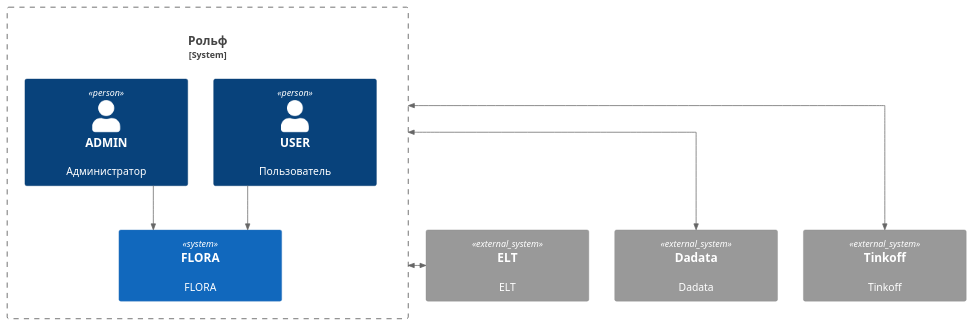
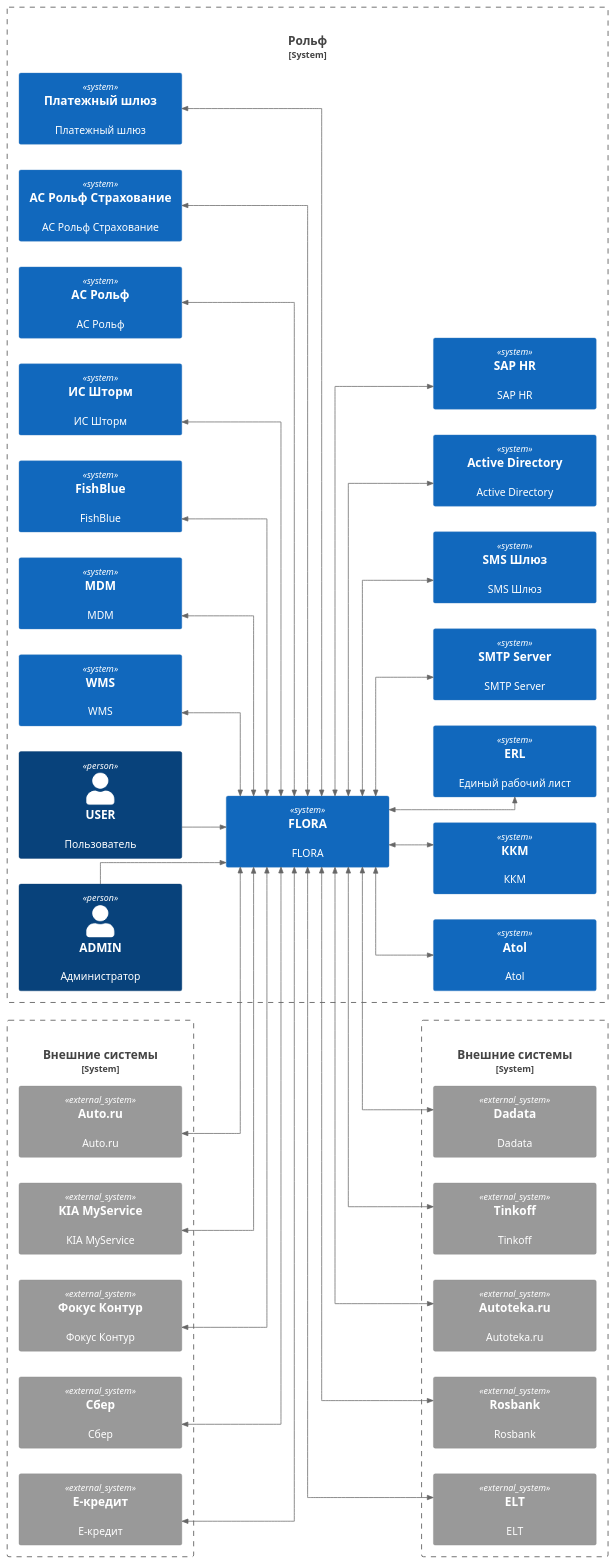
The diagram in static/06_img/rolf.puml (lulya31/some), drawn with PlantUML before and after one commit. The commit also changed other lines of this file and 9 other files, not shown here.

```diff
--- a/static/06_img/rolf.puml
+++ b/static/06_img/rolf.puml
@@ -4,31 +4,83 @@
 @startuml
 
 !include static/includes/c4_context.puml
 !include static/includes/c4_container.puml
 !include static/includes/c4_component.puml
 
 skinparam backgroundcolor transparent
 skinparam minClassWidth 200
 'skinparam linetype polyline
 skinparam linetype ortho
 
-LAYOUT_TOP_DOWN()
+'LAYOUT_TOP_DOWN()
+LAYOUT_LEFT_RIGHT()
 
-System_Ext(elt, "ELT", "ELT")
-System_Ext(dadata, "Dadata", "Dadata")
-System_Ext(tinkoff, "Tinkoff", "Tinkoff")
+System_Boundary(ext_systems1, "Внешние системы") {
+    System_Ext(elt, "ELT", "ELT")
+    System_Ext(dadata, "Dadata", "Dadata")
+    System_Ext(tinkoff, "Tinkoff", "Tinkoff")
+    System_Ext(autoteka_ru, "Autoteka.ru", "Autoteka.ru")
+    System_Ext(rosbank, "Rosbank", "Rosbank")
+}
+
+System_Boundary(ext_systems2, "Внешние системы") {    
+    System_Ext(e_credit, "Е-кредит", "Е-кредит")
+    System_Ext(auto_ru, "Auto.ru", "Auto.ru")
+    System_Ext(kia_myservice, "KIA MyService", "KIA MyService")
+    System_Ext(focus_kontur, "Фокус Контур", "Фокус Контур")
+    System_Ext(sber, "Сбер", "Сбер")
+}
 
 System_Boundary(rolf, "Рольф") {
     Person(user, "USER", "Пользователь")
     Person(admin, "ADMIN", "Администратор")
-    System(flora, "FLORA", "FLORA", $link="/06_c4_infrastructure/01_flora_ext/")
+
+    System(flora, "FLORA", "FLORA", $link="/06_c4_infrastructure/01_flora/")
+
+    System(atol, "Atol", "Atol")
+    System(kkm, "ККМ", "ККМ")
+    System(erl, "ERL", "Единый рабочий лист")
+    System(smtp, "SMTP Server", "SMTP Server")
+    System(sms_gate, "SMS Шлюз", "SMS Шлюз")
+    System(ad, "Active Directory", "Active Directory")
+    System(saphr, "SAP HR", "SAP HR")
+    System(wms, "WMS", "WMS")
+    System(mdm, "MDM", "MDM")
+    System(fishblue, "FishBlue", "FishBlue")
+    System(is_shtorm, "ИС Шторм", "ИС Шторм")
+    System(as_rolf, "АС Рольф", "АС Рольф")
+    System(as_rolfstrah, "АС Рольф Страхование", "АС Рольф Страхование")
+    System(payment_gate, "Платежный шлюз", "Платежный шлюз")
 
     Rel(user, flora, "")
     Rel(admin, flora, "")
+
+    BiRel_D(flora, atol, "")
+    BiRel_D(flora, kkm, "")
+    BiRel_D(flora, erl, "")
+    BiRel_D(flora, smtp, "")
+    BiRel_D(flora, sms_gate, "")
+    BiRel_D(flora, ad, "")
+    BiRel_D(flora, saphr, "")
+    BiRel_U(flora, wms, "")
+    BiRel_U(flora, mdm, "")
+    BiRel_U(flora, fishblue, "")
+    BiRel_U(flora, is_shtorm, "")
+    BiRel_U(flora, as_rolf, "")
+    BiRel_U(flora, as_rolfstrah, "")
+    BiRel_U(flora, payment_gate, "")
 }
 
-BiRel_D(rolf, elt, "")
-BiRel_D(rolf, dadata, "")
-BiRel_D(rolf, tinkoff, "")
+BiRel_D(flora, elt, "")
+BiRel_R(flora, dadata, "")
+BiRel_R(flora, tinkoff, "")
+BiRel_R(flora, autoteka_ru, "")
+BiRel_R(flora, rosbank, "")
+
+BiRel_U(flora, e_credit, "")
+BiRel_L(flora, auto_ru, "")
+BiRel_L(flora, kia_myservice, "")
+BiRel_L(flora, focus_kontur, "")
+BiRel_L(flora, sber, "")
 
 @enduml
```
